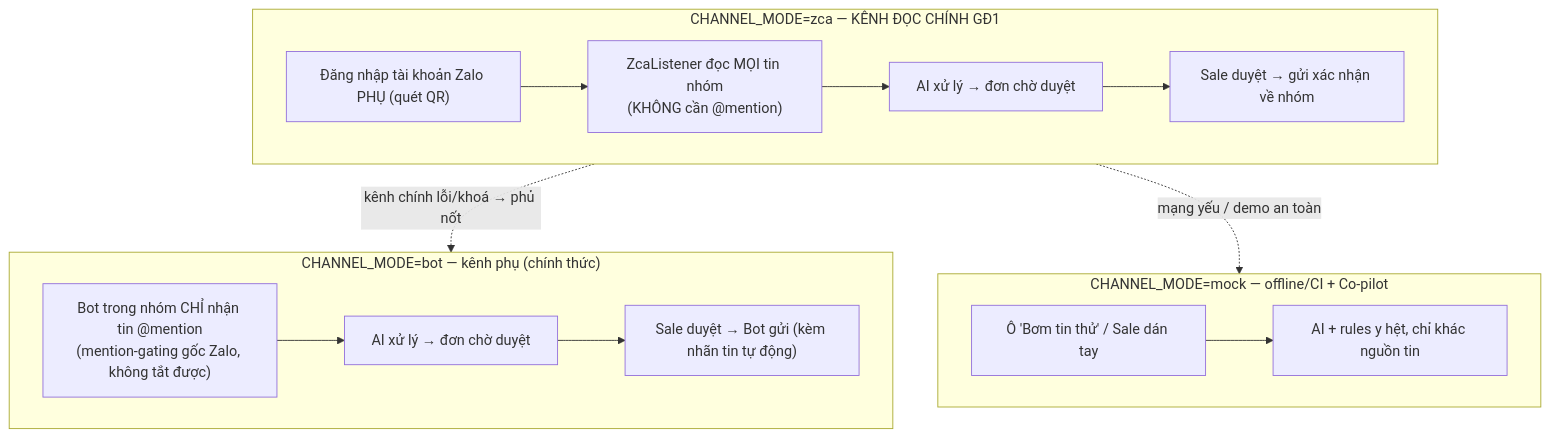
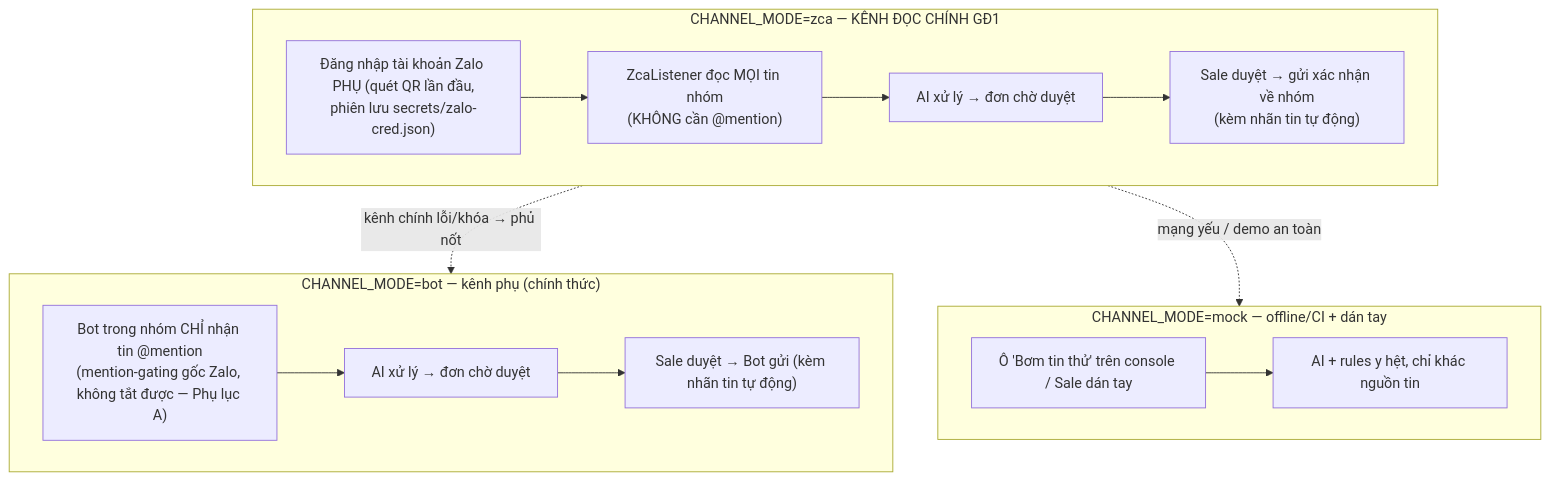
One commit to phungtienviet14-sketch/nexagnet-platform changed diagram 12 of 12 in docs/so-do-he-thong.md. Above: the diagram before and after it, drawn with Mermaid. The commit also changed other lines of this file and 17 other files, not shown here.

````diff
--- a/docs/so-do-he-thong.md
+++ b/docs/so-do-he-thong.md
@@ -291,20 +472,20 @@
 ```mermaid
 flowchart TB
-    subgraph ZCA["CHANNEL_MODE=zca — KÊNH ĐỌC CHÍNH GĐ1"]
-        Z1["Đăng nhập tài khoản Zalo PHỤ (quét QR)"] --> Z2["ZcaListener đọc MỌI tin nhóm<br/>(KHÔNG cần @mention)"]
+    subgraph ZCAM["CHANNEL_MODE=zca — KÊNH ĐỌC CHÍNH GĐ1"]
+        Z1["Đăng nhập tài khoản Zalo PHỤ (quét QR lần đầu,<br/>phiên lưu secrets/zalo-cred.json)"] --> Z2["ZcaListener đọc MỌI tin nhóm<br/>(KHÔNG cần @mention)"]
         Z2 --> Z3["AI xử lý → đơn chờ duyệt"]
-        Z3 --> Z4["Sale duyệt → gửi xác nhận về nhóm"]
+        Z3 --> Z4["Sale duyệt → gửi xác nhận về nhóm<br/>(kèm nhãn tin tự động)"]
     end
 
     subgraph BOTM["CHANNEL_MODE=bot — kênh phụ (chính thức)"]
-        T1["Bot trong nhóm CHỈ nhận tin @mention<br/>(mention-gating gốc Zalo, không tắt được)"] --> T2["AI xử lý → đơn chờ duyệt"]
+        T1["Bot trong nhóm CHỈ nhận tin @mention<br/>(mention-gating gốc Zalo, không tắt được — Phụ lục A)"] --> T2["AI xử lý → đơn chờ duyệt"]
         T2 --> T3["Sale duyệt → Bot gửi (kèm nhãn tin tự động)"]
     end
 
-    subgraph MOCKM["CHANNEL_MODE=mock — offline/CI + Co-pilot"]
-        M1["Ô 'Bơm tin thử' / Sale dán tay"] --> M2["AI + rules y hệt, chỉ khác nguồn tin"]
+    subgraph MOCKM["CHANNEL_MODE=mock — offline/CI + dán tay"]
+        M1["Ô 'Bơm tin thử' trên console / Sale dán tay"] --> M2["AI + rules y hệt, chỉ khác nguồn tin"]
     end
 
-    ZCA -.->|"kênh chính lỗi/khoá → phủ nốt"| BOTM
-    ZCA -.->|"mạng yếu / demo an toàn"| MOCKM
+    ZCAM -.->|"kênh chính lỗi/khóa → phủ nốt"| BOTM
+    ZCAM -.->|"mạng yếu / demo an toàn"| MOCKM
 ```
````
